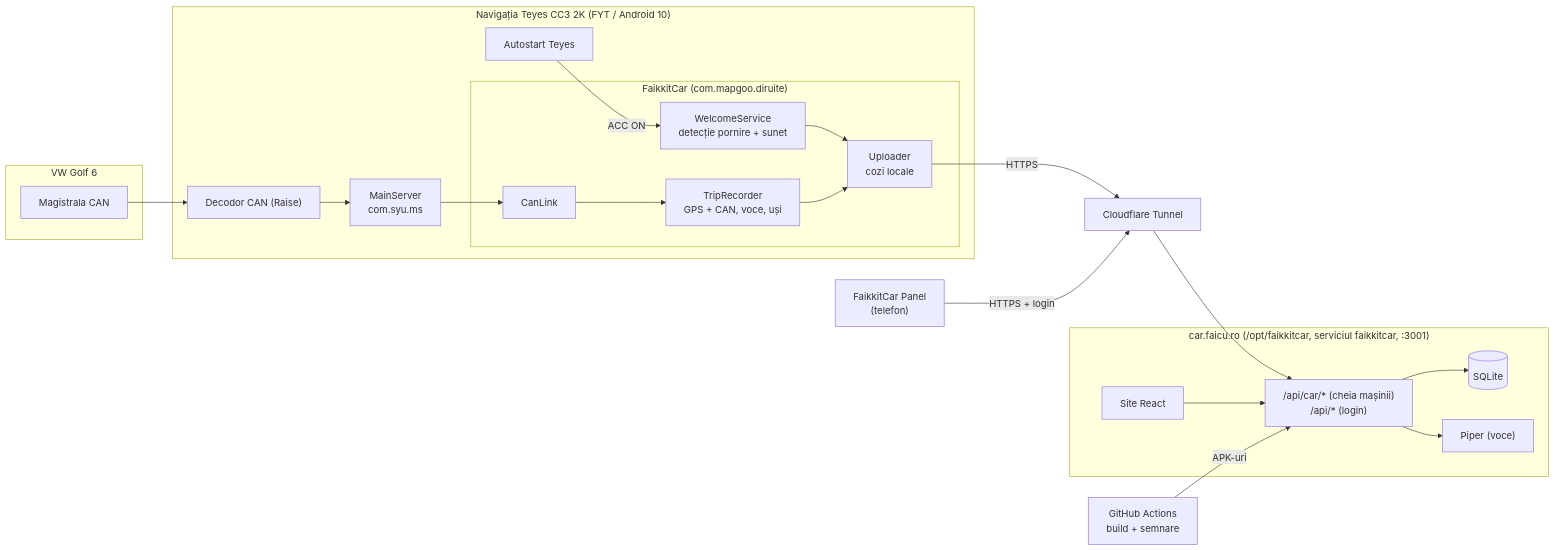
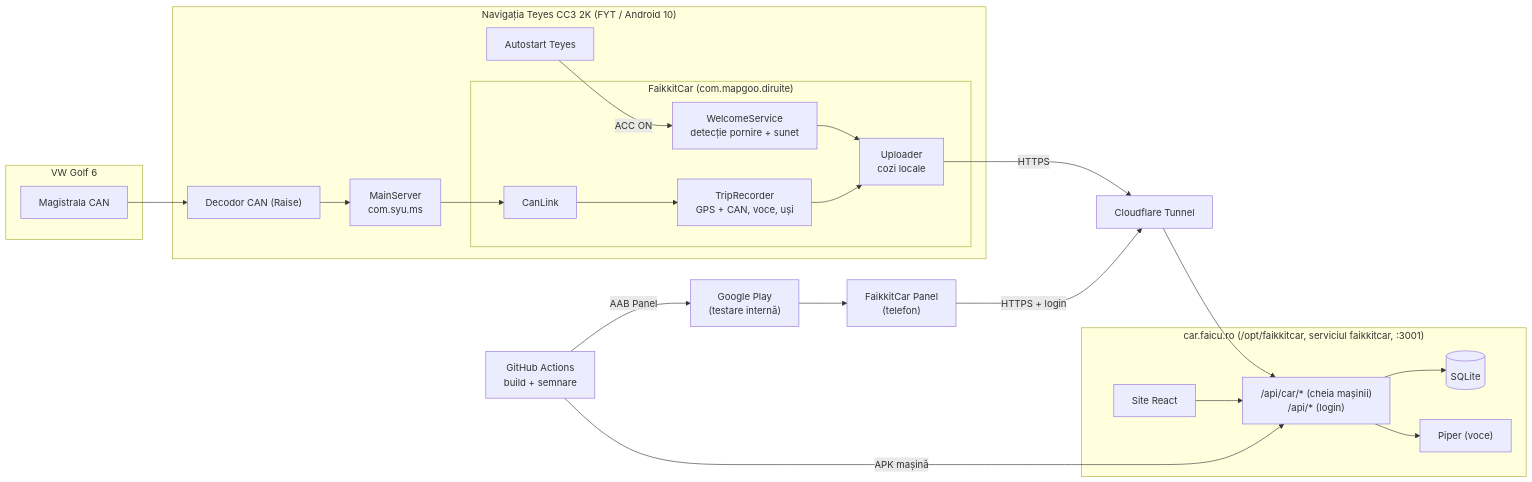
Before and after one commit to Faicu/FaikkitCar: the diagram in README.md, drawn with Mermaid. The commit also changed other lines of this file, not shown here.

Commit message:
README: stare, „Ce urmează”, diagrama (Google Play), rutele OBD/muzică, structura codului aduse la zi (27.11) [skip ci]

````diff
--- a/README.md
+++ b/README.md
@@ -172,36 +170,38 @@
 ```mermaid
 flowchart LR
   subgraph Golf["VW Golf 6"]
     CAN["Magistrala CAN"]
   end
   subgraph Teyes["Navigația Teyes CC3 2K (FYT / Android 10)"]
     DEC["Decodor CAN (Raise)"]
     MS["MainServer<br/>com.syu.ms"]
     AS["Autostart Teyes"]
     subgraph App["FaikkitCar (com.mapgoo.diruite)"]
       WS["WelcomeService<br/>detecție pornire + sunet"]
       TR["TripRecorder<br/>GPS + CAN, voce, uși"]
       CL["CanLink"]
       UP["Uploader<br/>cozi locale"]
     end
   end
   subgraph Server["car.faicu.ro (/opt/faikkitcar, serviciul faikkitcar, :3001)"]
     API["/api/car/* (cheia mașinii)<br/>/api/* (login)"]
     DB[("SQLite")]
     TTS["Piper (voce)"]
     SITE["Site React"]
   end
   PHONE["FaikkitCar Panel<br/>(telefon)"]
   GH["GitHub Actions<br/>build + semnare"]
+  PLAY["Google Play<br/>(testare internă)"]
   CF["Cloudflare Tunnel"]
 
   CAN --> DEC --> MS --> CL --> TR
   AS -->|ACC ON| WS
   WS --> UP
   TR --> UP
   UP -->|HTTPS| CF --> API --> DB
   API --> TTS
   SITE --> API
   PHONE -->|HTTPS + login| CF
-  GH -->|APK-uri| API
+  GH -->|APK mașină| API
+  GH -->|AAB Panel| PLAY --> PHONE
 ```
````
